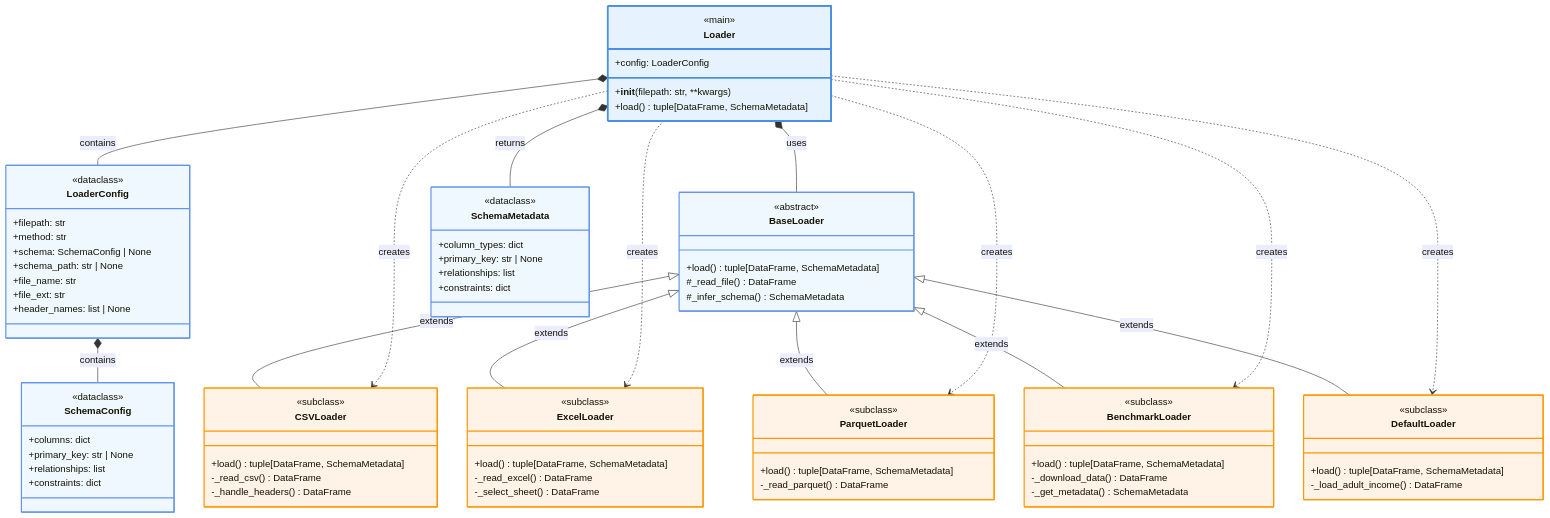
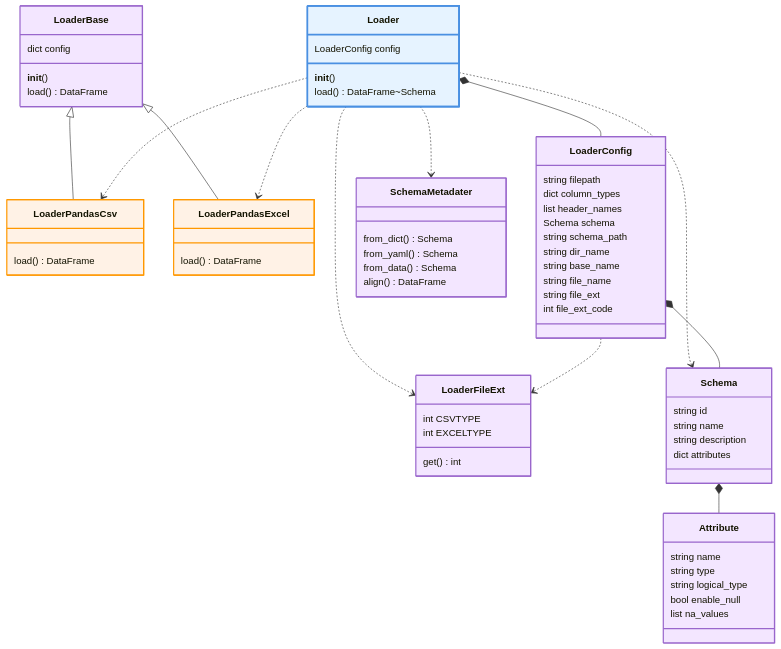
Before and after one commit to nics-dp/petsard: the diagram in doc_site/content/docs/python-api/loader-api/loader-class-diagram.mmd, drawn with Mermaid. The commit also changed 16 other files, not shown here.

```diff
--- a/doc_site/content/docs/python-api/loader-api/loader-class-diagram.mmd
+++ b/doc_site/content/docs/python-api/loader-api/loader-class-diagram.mmd
@@ -1,106 +1,86 @@
 classDiagram
     class Loader {
-        <<main>>
-        +__init__(filepath: str, **kwargs)
-        +load() tuple[DataFrame, SchemaMetadata]
-        +config: LoaderConfig
+        LoaderConfig config
+        __init__()
+        load() DataFrame~Schema
     }
 
-    class BaseLoader {
-        <<abstract>>
-        +load() tuple[DataFrame, SchemaMetadata]
-        #_read_file() DataFrame
-        #_infer_schema() SchemaMetadata
+    class LoaderBase {
+        dict config
+        __init__()
+        load() DataFrame
     }
 
-    class CSVLoader {
-        <<subclass>>
-        +load() tuple[DataFrame, SchemaMetadata]
-        -_read_csv() DataFrame
-        -_handle_headers() DataFrame
+    class LoaderPandasCsv {
+        load() DataFrame
     }
 
-    class ExcelLoader {
-        <<subclass>>
-        +load() tuple[DataFrame, SchemaMetadata]
-        -_read_excel() DataFrame
-        -_select_sheet() DataFrame
-    }
-
-    class ParquetLoader {
-        <<subclass>>
-        +load() tuple[DataFrame, SchemaMetadata]
-        -_read_parquet() DataFrame
-    }
-
-    class BenchmarkLoader {
-        <<subclass>>
-        +load() tuple[DataFrame, SchemaMetadata]
-        -_download_data() DataFrame
-        -_get_metadata() SchemaMetadata
-    }
-
-    class DefaultLoader {
-        <<subclass>>
-        +load() tuple[DataFrame, SchemaMetadata]
-        -_load_adult_income() DataFrame
+    class LoaderPandasExcel {
+        load() DataFrame
     }
 
     class LoaderConfig {
-        <<dataclass>>
-        +filepath: str
-        +method: str
-        +schema: SchemaConfig | None
-        +schema_path: str | None
-        +file_name: str
-        +file_ext: str
-        +header_names: list | None
+        string filepath
+        dict column_types
+        list header_names
+        Schema schema
+        string schema_path
+        string dir_name
+        string base_name
+        string file_name
+        string file_ext
+        int file_ext_code
     }
 
-    class SchemaMetadata {
-        <<dataclass>>
-        +column_types: dict
-        +primary_key: str | None
-        +relationships: list
-        +constraints: dict
+    class LoaderFileExt {
+        int CSVTYPE
+        int EXCELTYPE
+        get() int
     }
 
-    class SchemaConfig {
-        <<dataclass>>
-        +columns: dict
-        +primary_key: str | None
-        +relationships: list
-        +constraints: dict
+    class Schema {
+        string id
+        string name
+        string description
+        dict attributes
     }
 
-    %% 繼承關係
-    BaseLoader <|-- CSVLoader : extends
-    BaseLoader <|-- ExcelLoader : extends
-    BaseLoader <|-- ParquetLoader : extends
-    BaseLoader <|-- BenchmarkLoader : extends
-    BaseLoader <|-- DefaultLoader : extends
+    class Attribute {
+        string name
+        string type
+        string logical_type
+        bool enable_null
+        list na_values
+    }
+
+    class SchemaMetadater {
+        from_dict() Schema
+        from_yaml() Schema
+        from_data() Schema
+        align() DataFrame
+    }
+
+    LoaderBase <|-- LoaderPandasCsv
+    LoaderBase <|-- LoaderPandasExcel
     
-    %% 組合關係
-    Loader *-- LoaderConfig : contains
-    Loader *-- BaseLoader : uses
-    Loader *-- SchemaMetadata : returns
-    LoaderConfig *-- SchemaConfig : contains
+    Loader *-- LoaderConfig
+    Loader ..> Schema
+    LoaderConfig *-- Schema
+    Schema *-- Attribute
 
-    %% 依賴關係
-    Loader ..> CSVLoader : creates
-    Loader ..> ExcelLoader : creates
-    Loader ..> ParquetLoader : creates
-    Loader ..> BenchmarkLoader : creates
-    Loader ..> DefaultLoader : creates
-
+    Loader ..> LoaderPandasCsv
+    Loader ..> LoaderPandasExcel
+    Loader ..> LoaderFileExt
+    Loader ..> SchemaMetadater
+    LoaderConfig ..> LoaderFileExt
+    
     %% 樣式標示
     style Loader fill:#e6f3ff,stroke:#4a90e2,stroke-width:3px
-    style BaseLoader fill:#f0f8ff,stroke:#6495ed,stroke-width:2px
-    style CSVLoader fill:#fff2e6,stroke:#ff9800,stroke-width:2px
-    style ExcelLoader fill:#fff2e6,stroke:#ff9800,stroke-width:2px
-    style ParquetLoader fill:#fff2e6,stroke:#ff9800,stroke-width:2px
-    style BenchmarkLoader fill:#fff2e6,stroke:#ff9800,stroke-width:2px
-    style DefaultLoader fill:#fff2e6,stroke:#ff9800,stroke-width:2px
-    style LoaderConfig fill:#f0f8ff,stroke:#6495ed,stroke-width:2px
-    style SchemaMetadata fill:#f0f8ff,stroke:#6495ed,stroke-width:2px
-    style SchemaConfig fill:#f0f8ff,stroke:#6495ed,stroke-width:2px
+    style LoaderBase fill:#f3e6ff,stroke:#9966cc,stroke-width:2px
+    style LoaderPandasCsv fill:#fff2e6,stroke:#ff9800,stroke-width:2px
+    style LoaderPandasExcel fill:#fff2e6,stroke:#ff9800,stroke-width:2px
+    style LoaderConfig fill:#f3e6ff,stroke:#9966cc,stroke-width:2px
+    style LoaderFileExt fill:#f3e6ff,stroke:#9966cc,stroke-width:2px
+    style Schema fill:#f3e6ff,stroke:#9966cc,stroke-width:2px
+    style Attribute fill:#f3e6ff,stroke:#9966cc,stroke-width:2px
+    style SchemaMetadater fill:#f3e6ff,stroke:#9966cc,stroke-width:2px
```
